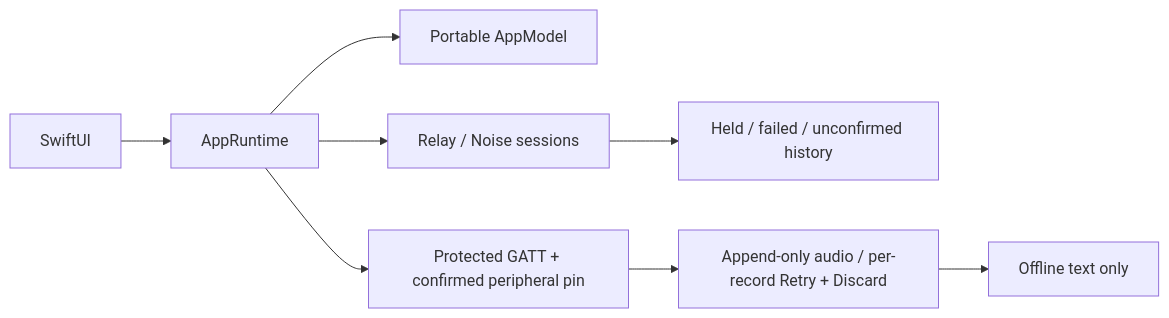
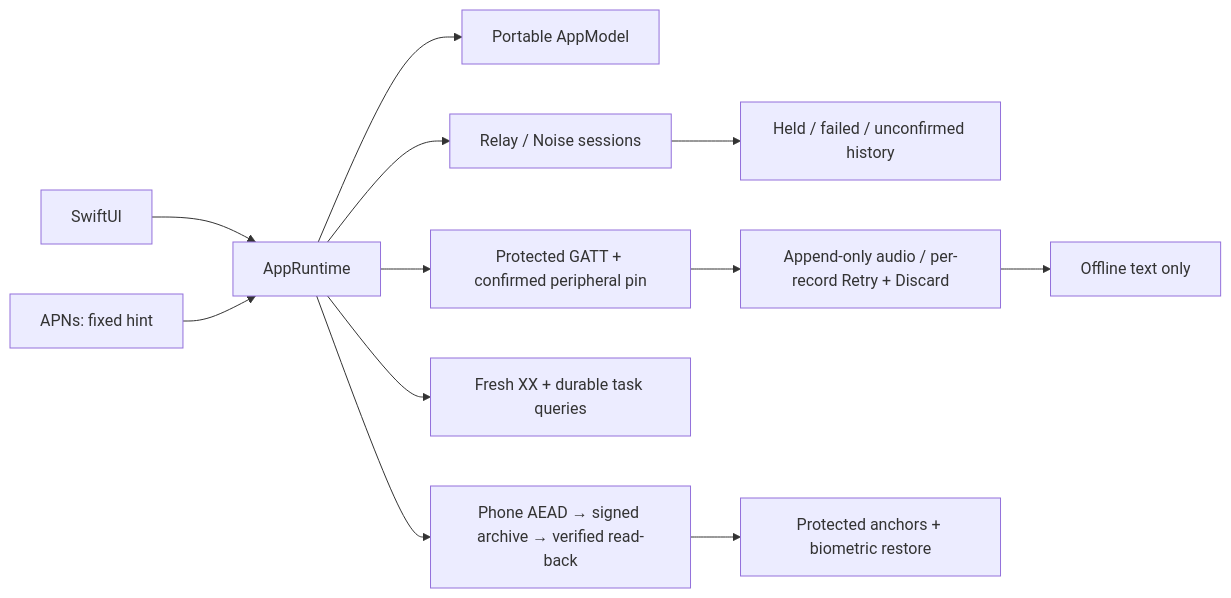
One commit to Harwasch/voiceremote changed the diagram in SW/ios/App/README.md. Above: the diagram before and after it, drawn with Mermaid. The commit also changed other lines of this file and 32 other files, not shown here.

Commit message:
SW: phone push wake, audit archive in the app, remote BLE phone side

````diff
--- a/SW/ios/App/README.md
+++ b/SW/ios/App/README.md
@@ -1,9 +1,12 @@
 ```mermaid
 flowchart LR
   Views[SwiftUI] --> Runtime[AppRuntime] --> Model[Portable AppModel]
   Runtime --> Computer[Relay / Noise sessions]
   Computer --> Hold[Held / failed / unconfirmed history]
   Runtime --> Remote[Protected GATT + confirmed peripheral pin]
   Remote --> Sync[Append-only audio / per-record Retry + Discard]
   Sync --> History[Offline text only]
+  Push[APNs: fixed hint] --> Runtime --> Reconcile[Fresh XX + durable task queries]
+  Runtime --> Archive[Phone AEAD → signed archive → verified read-back]
+  Archive --> Recovery[Protected anchors + biometric restore]
 ```
````
